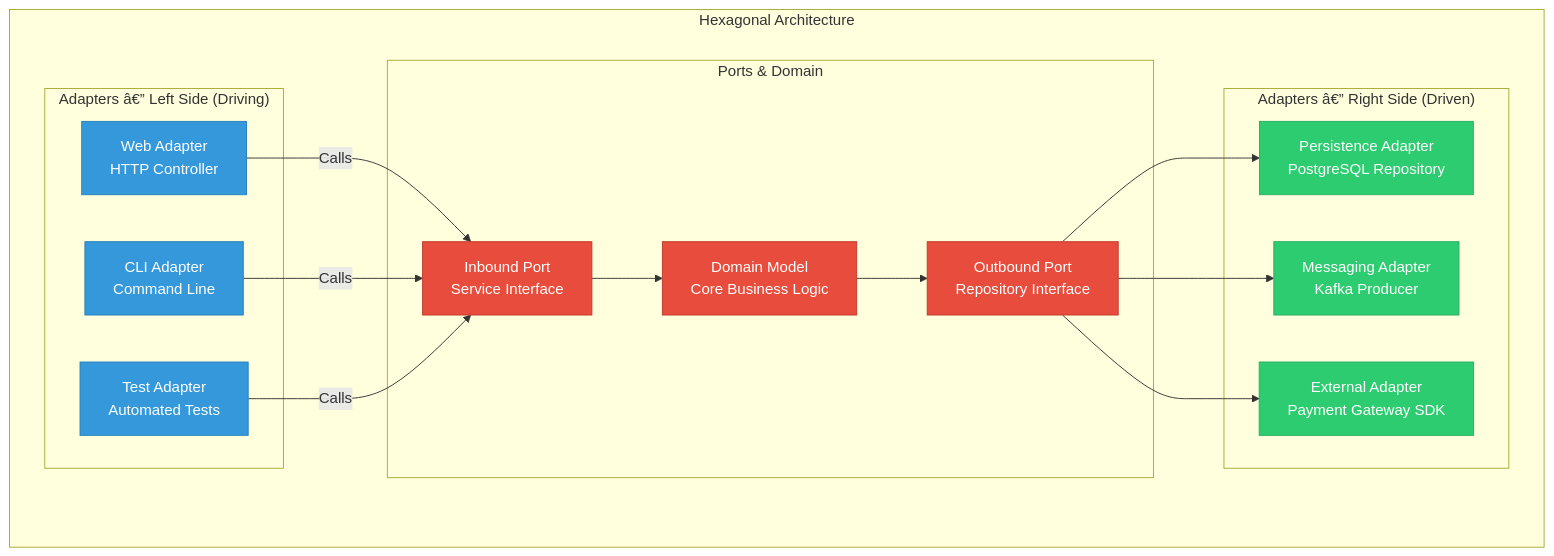
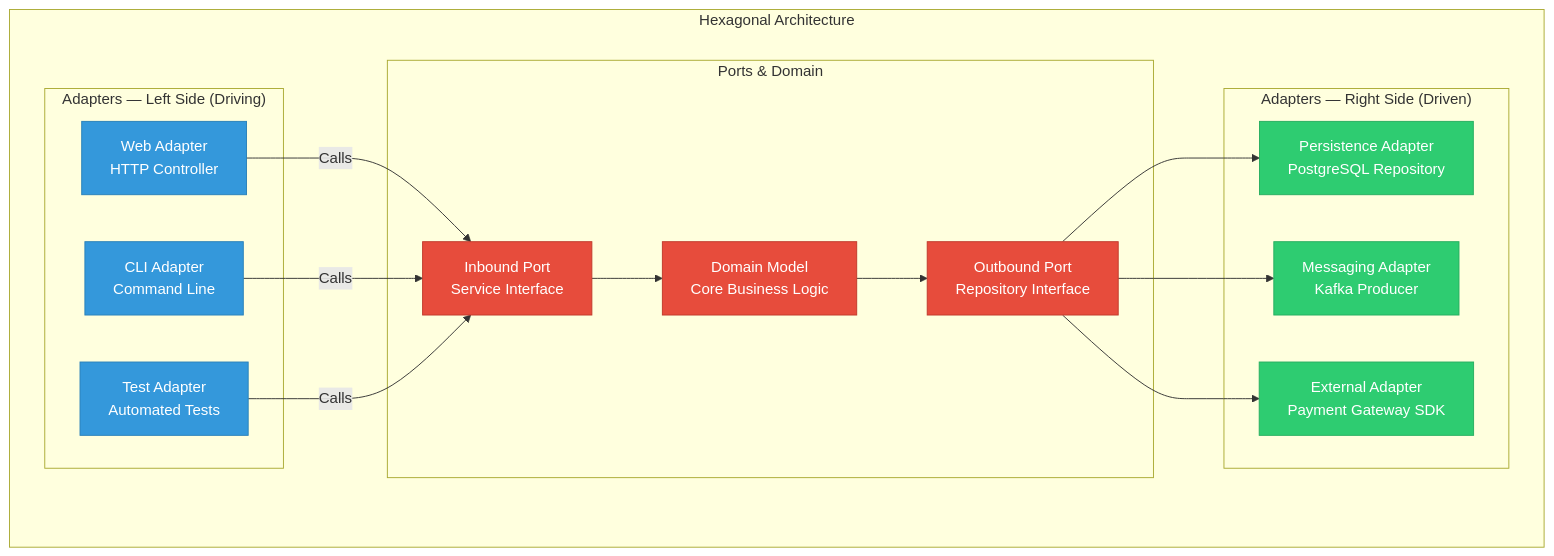
Before and after one commit to Raushan666java/ai-engineering-journey: the eighth of 9 diagrams in docs/courses/software-engineering/04-architectural-design.md, drawn with Mermaid. The commit also changed other lines of this file and 965 other files, not shown here.

````diff
--- a/docs/courses/software-engineering/04-architectural-design.md
+++ b/docs/courses/software-engineering/04-architectural-design.md
@@ -377,35 +377,35 @@
 ```mermaid
 graph TD
     subgraph "Hexagonal Architecture"
-        subgraph "Adapters â€” Left Side (Driving)"
+        subgraph "Adapters — Left Side (Driving)"
             WEB_ADAPTER[Web Adapter<br/>HTTP Controller]
             CLI_ADAPTER[CLI Adapter<br/>Command Line]
             TEST_ADAPTER[Test Adapter<br/>Automated Tests]
         end
         subgraph "Ports & Domain"
             IN_PORT[Inbound Port<br/>Service Interface]
             DOMAIN[Domain Model<br/>Core Business Logic]
             OUT_PORT[Outbound Port<br/>Repository Interface]
         end
-        subgraph "Adapters â€” Right Side (Driven)"
+        subgraph "Adapters — Right Side (Driven)"
             PERSISTENCE_ADAPTER[Persistence Adapter<br/>PostgreSQL Repository]
             MESSAGING_ADAPTER[Messaging Adapter<br/>Kafka Producer]
             EXTERNAL_ADAPTER[External Adapter<br/>Payment Gateway SDK]
         end
     end
     WEB_ADAPTER -->|Calls| IN_PORT
     CLI_ADAPTER -->|Calls| IN_PORT
     TEST_ADAPTER -->|Calls| IN_PORT
     IN_PORT --> DOMAIN
     DOMAIN --> OUT_PORT
     OUT_PORT --> PERSISTENCE_ADAPTER
     OUT_PORT --> MESSAGING_ADAPTER
     OUT_PORT --> EXTERNAL_ADAPTER
 
     classDef driving fill:#3498db,stroke:#2980b9,color:#fff
     classDef domain fill:#e74c3c,stroke:#c0392b,color:#fff
     classDef driven fill:#2ecc71,stroke:#27ae60,color:#fff
     class WEB_ADAPTER,CLI_ADAPTER,TEST_ADAPTER driving
     class IN_PORT,DOMAIN,OUT_PORT domain
     class PERSISTENCE_ADAPTER,MESSAGING_ADAPTER,EXTERNAL_ADAPTER driven
 ```
````
